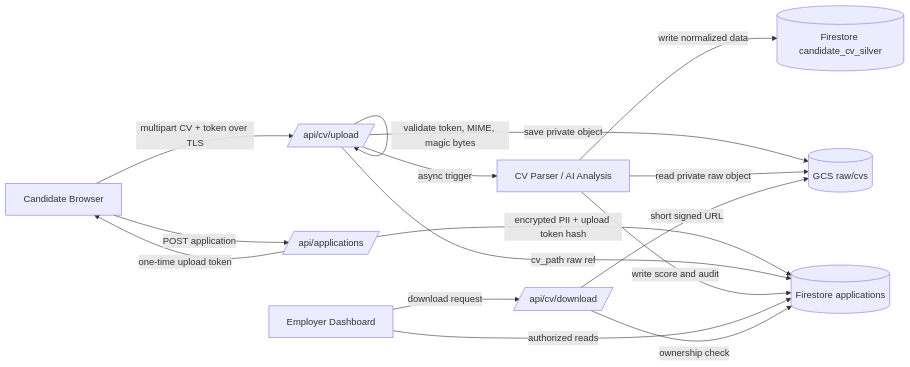
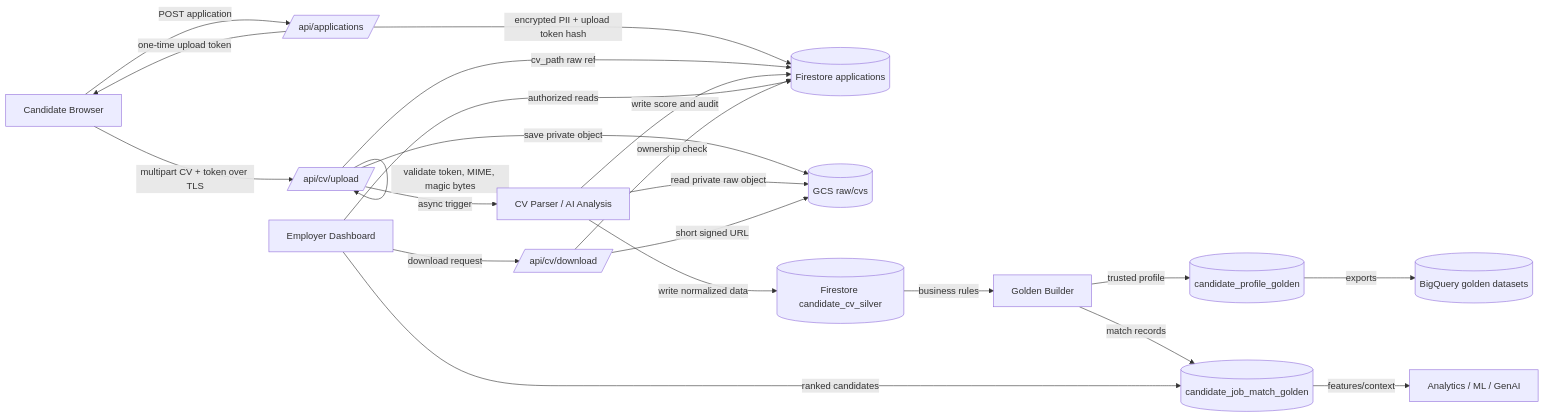
Before and after one commit to erwindaza/bejoby: the first of 7 diagrams in cv-data-pipeline-sdd.md, drawn with Mermaid. The commit also changed other lines of this file and 2 other files, not shown here.

Commit message:
docs: add golden CV data layer

````diff
--- a/cv-data-pipeline-sdd.md
+++ b/cv-data-pipeline-sdd.md
@@ -134,18 +297,24 @@
 ```mermaid
 flowchart LR
   C[Candidate Browser] -->|POST application| A[/api/applications/]
   A -->|encrypted PII + upload token hash| F[(Firestore applications)]
   A -->|one-time upload token| C
   C -->|multipart CV + token over TLS| U[/api/cv/upload/]
   U -->|validate token, MIME, magic bytes| U
   U -->|save private object| G[(GCS raw/cvs)]
   U -->|cv_path raw ref| F
   U -->|async trigger| P[CV Parser / AI Analysis]
   P -->|read private raw object| G
   P -->|write normalized data| S[(Firestore candidate_cv_silver)]
+  S -->|business rules| B[Golden Builder]
+  B -->|trusted profile| GP[(candidate_profile_golden)]
+  B -->|match records| GM[(candidate_job_match_golden)]
+  GP -->|exports| BQ[(BigQuery golden datasets)]
+  GM -->|features/context| AI[Analytics / ML / GenAI]
   P -->|write score and audit| F
   E[Employer Dashboard] -->|authorized reads| F
+  E -->|ranked candidates| GM
   E -->|download request| D[/api/cv/download/]
   D -->|ownership check| F
   D -->|short signed URL| G
 ```
````
